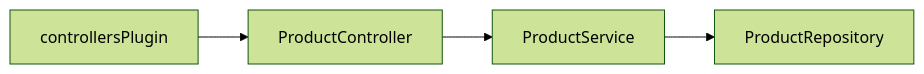
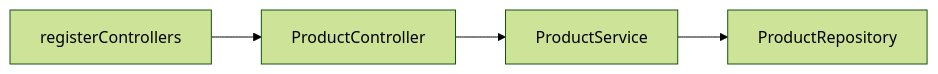
One commit to 0xTanzim/nextRush changed the diagram in wiki/Dependency-Injection.md. Above: the diagram before and after it, drawn with Mermaid (forest theme). The commit also changed other lines of this file and 67 other files, not shown here.

````diff
--- a/wiki/Dependency-Injection.md
+++ b/wiki/Dependency-Injection.md
@@ -188,8 +190,8 @@
 ```mermaid
 flowchart LR
-  Plugin[controllersPlugin]
+  Reg[registerControllers]
   Ctr[ProductController]
   Svc[ProductService]
   Repo[ProductRepository]
-  Plugin --> Ctr --> Svc --> Repo
+  Reg --> Ctr --> Svc --> Repo
 ```
````
